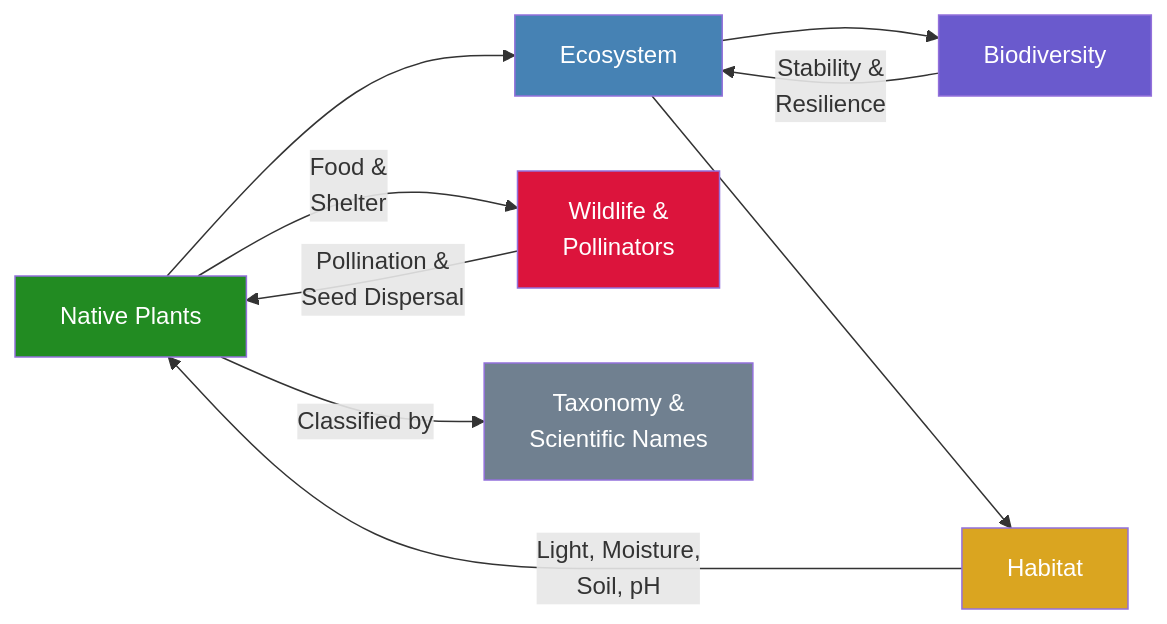
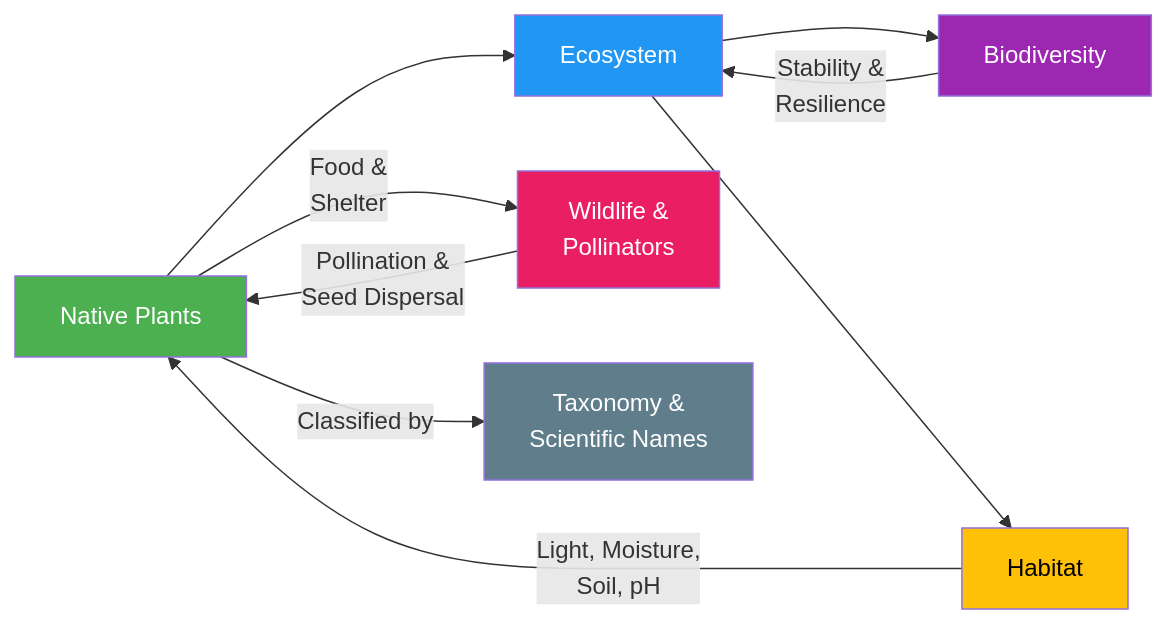
Before and after one commit to arunbatchu/minnesota-native-plants: the second of 2 diagrams in docs/chapters/01-intro-native-plants-ecology/index.md, drawn with Mermaid. The commit also changed other lines of this file and 10 other files, not shown here.

First line of the commit message:
Fix Mermaid diagram colors for accessibility — high contrast palette

````diff
--- a/docs/chapters/01-intro-native-plants-ecology/index.md
+++ b/docs/chapters/01-intro-native-plants-ecology/index.md
@@ -172,18 +172,18 @@
 ```mermaid
 flowchart LR
     NP["Native Plants"] --> ECO["Ecosystem"]
     ECO --> BIO["Biodiversity"]
     ECO --> HAB["Habitat"]
     HAB -->|"Light, Moisture,<br/>Soil, pH"| NP
     BIO -->|"Stability &<br/>Resilience"| ECO
     NP -->|"Food &<br/>Shelter"| WILD["Wildlife &<br/>Pollinators"]
     WILD -->|"Pollination &<br/>Seed Dispersal"| NP
     NP -->|"Classified by"| TAX["Taxonomy &<br/>Scientific Names"]
 
-    style NP fill:#228B22,color:#fff
-    style ECO fill:#4682B4,color:#fff
-    style BIO fill:#6A5ACD,color:#fff
-    style HAB fill:#DAA520,color:#fff
-    style WILD fill:#DC143C,color:#fff
-    style TAX fill:#708090,color:#fff
+    style NP fill:#4CAF50,color:#fff
+    style ECO fill:#2196F3,color:#fff
+    style BIO fill:#9C27B0,color:#fff
+    style HAB fill:#FFC107,color:#000
+    style WILD fill:#E91E63,color:#fff
+    style TAX fill:#607D8B,color:#fff
 ```
````
